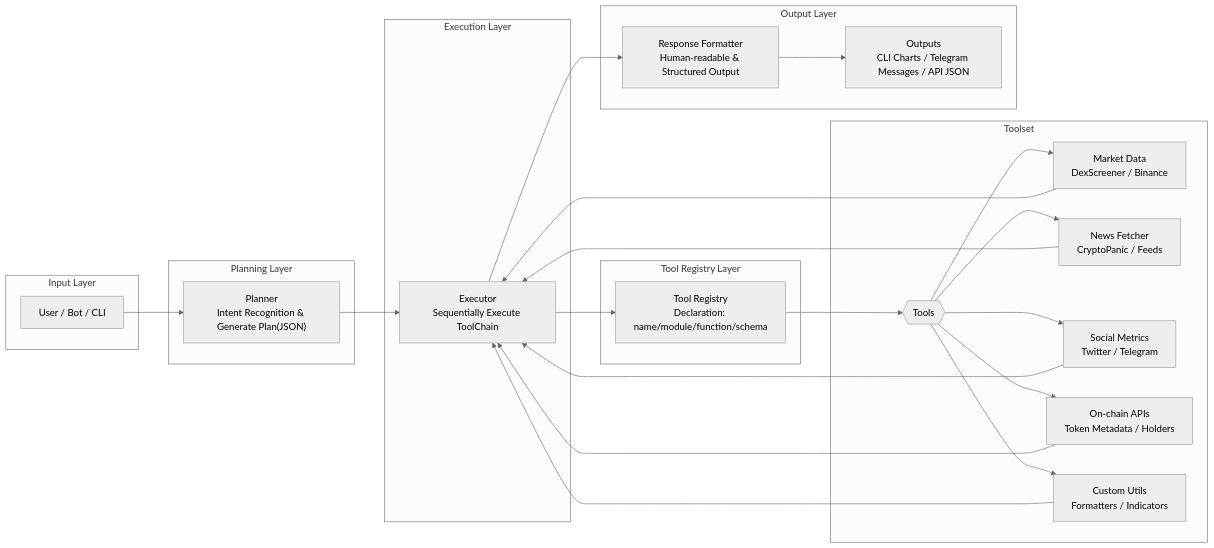
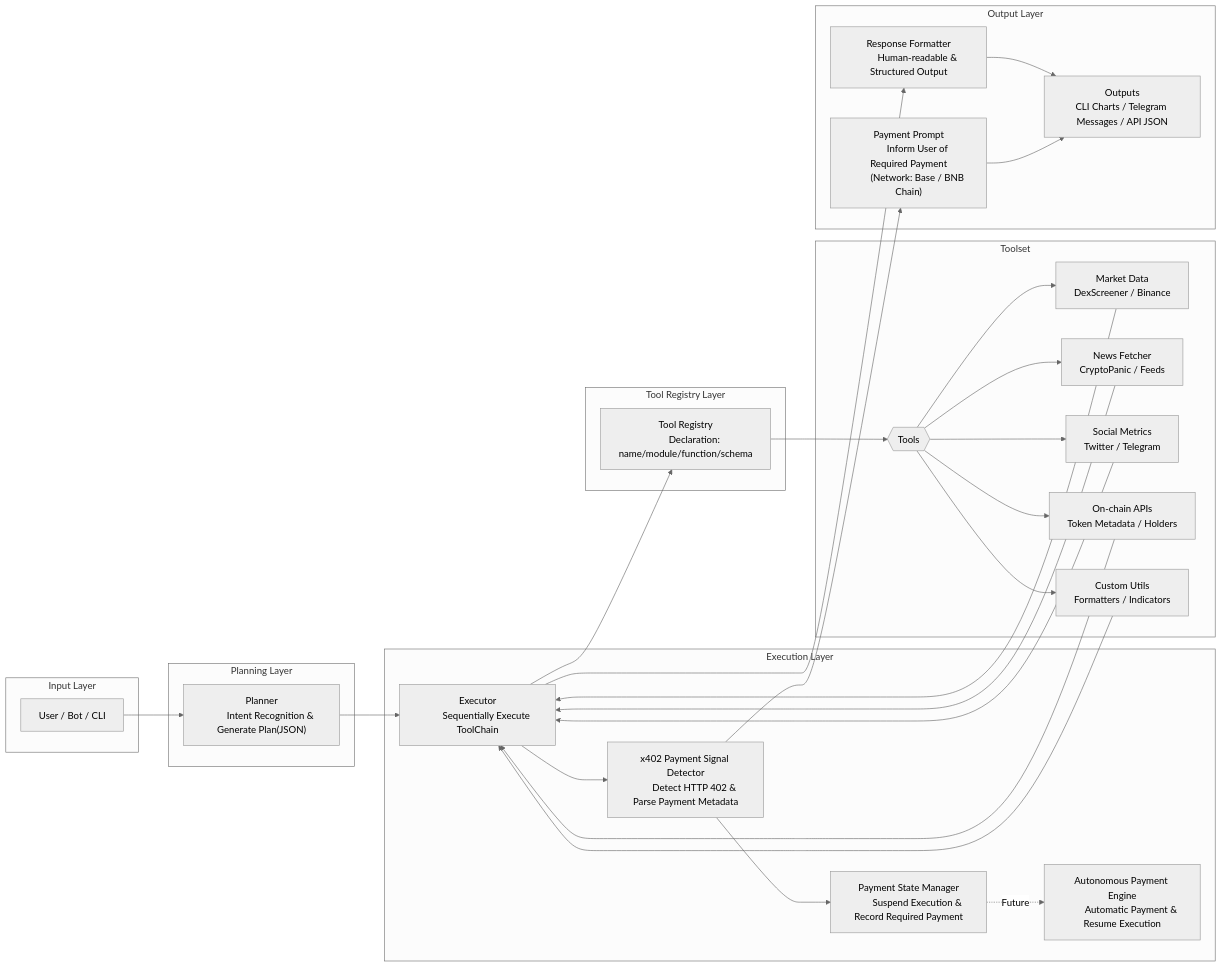
One commit to CoreonMcp/Coreon-MCP-Execution-Engine changed the diagram in README.md. Above: the diagram before and after it, drawn with Mermaid. The commit also changed other lines of this file and 38 other files, not shown here.

````diff
--- a/README.md
+++ b/README.md
@@ -38,52 +46,73 @@
 ```mermaid
 %%{init: {'theme': 'neutral'}}%%
 flowchart LR
     subgraph Input[Input Layer]
         A[User / Bot / CLI]
     end
 
     subgraph Planning[Planning Layer]
-        B["Planner\nIntent Recognition & Generate Plan(JSON)"]
+        B["Planner
+        Intent Recognition & Generate Plan(JSON)"]
     end
 
     subgraph Execution[Execution Layer]
-        C["Executor\nSequentially Execute ToolChain"]
+        C["Executor
+        Sequentially Execute ToolChain"]
+
+        C --> H["x402 Payment Signal Detector
+        Detect HTTP 402 & Parse Payment Metadata"]
+        H --> I["Payment State Manager
+        Suspend Execution & Record Required Payment"]
+        I -. Future .-> J["Autonomous Payment Engine
+        Automatic Payment & Resume Execution"]
+
     end
 
     subgraph Registry[Tool Registry Layer]
-        D["Tool Registry\nDeclaration: name/module/function/schema"]
+        D["Tool Registry
+        Declaration: name/module/function/schema"]
     end
 
     subgraph Toolset[Toolset]
         E{{Tools}}
-        E1[Market Data\nDexScreener / Binance]
-        E2[News Fetcher\nCryptoPanic / Feeds]
-        E3[Social Metrics\nTwitter / Telegram]
-        E4[On-chain APIs\nToken Metadata / Holders]
-        E5[Custom Utils\nFormatters / Indicators]
+        E1[Market Data
+        DexScreener / Binance]
+        E2[News Fetcher
+        CryptoPanic / Feeds]
+        E3[Social Metrics
+        Twitter / Telegram]
+        E4[On-chain APIs
+        Token Metadata / Holders]
+        E5[Custom Utils
+        Formatters / Indicators]
     end
 
     subgraph Output[Output Layer]
-        F["Response Formatter\nHuman-readable & Structured Output"]
+        F["Response Formatter
+        Human-readable & Structured Output"]
         G["Outputs\nCLI Charts / Telegram Messages / API JSON"]
+        H --> K["Payment Prompt
+        Inform User of Required Payment
+        (Network: Base / BNB Chain)"]
+        K --> G
     end
 
     A --> B
     B --> C
     C --> D
     D --> E
     E --> E1
     E --> E2
     E --> E3
     E --> E4
     E --> E5
 
     E1 --> C
     E2 --> C
     E3 --> C
     E4 --> C
     E5 --> C
 
     C --> F
     F --> G
 ```
````
